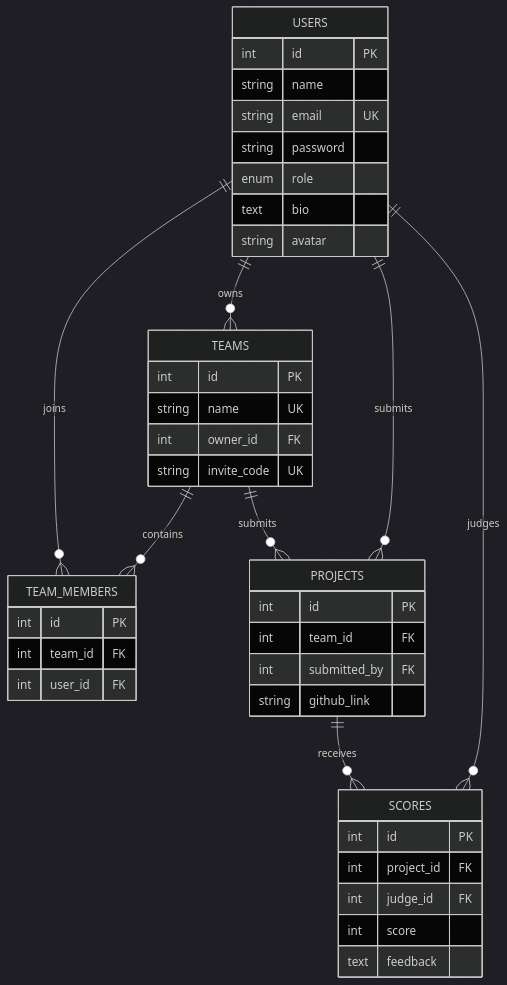
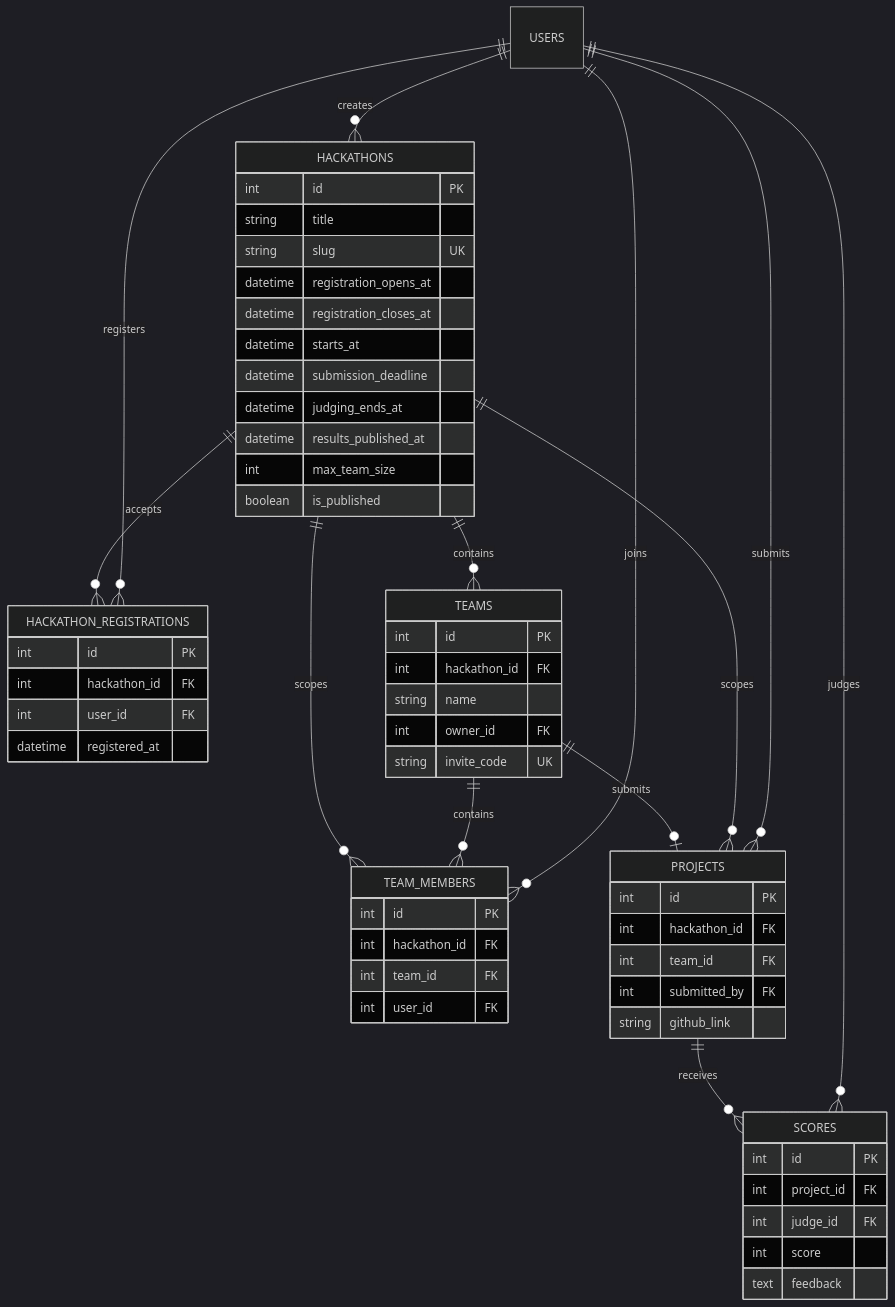
Before and after one commit to goodthinker9/Hackathon-Management-System: the third of 3 diagrams in README.md, drawn with Mermaid (dark theme). The commit also changed other lines of this file and 51 other files, not shown here.

````diff
--- a/README.md
+++ b/README.md
@@ -38,43 +54,62 @@
 ```mermaid
 erDiagram
-  USERS ||--o{ TEAMS : owns
+  USERS ||--o{ HACKATHONS : creates
+  HACKATHONS ||--o{ HACKATHON_REGISTRATIONS : accepts
+  USERS ||--o{ HACKATHON_REGISTRATIONS : registers
+  HACKATHONS ||--o{ TEAMS : contains
+  HACKATHONS ||--o{ TEAM_MEMBERS : scopes
+  TEAMS ||--o{ TEAM_MEMBERS : contains
   USERS ||--o{ TEAM_MEMBERS : joins
-  TEAMS ||--o{ TEAM_MEMBERS : contains
-  TEAMS ||--o{ PROJECTS : submits
+  TEAMS ||--o| PROJECTS : submits
+  HACKATHONS ||--o{ PROJECTS : scopes
   USERS ||--o{ PROJECTS : submits
   PROJECTS ||--o{ SCORES : receives
   USERS ||--o{ SCORES : judges
-  USERS {
+
+  HACKATHONS {
     int id PK
-    string name
-    string email UK
-    string password
-    enum role
-    text bio
-    string avatar
+    string title
+    string slug UK
+    datetime registration_opens_at
+    datetime registration_closes_at
+    datetime starts_at
+    datetime submission_deadline
+    datetime judging_ends_at
+    datetime results_published_at
+    int max_team_size
+    boolean is_published
+  }
+  HACKATHON_REGISTRATIONS {
+    int id PK
+    int hackathon_id FK
+    int user_id FK
+    datetime registered_at
   }
   TEAMS {
     int id PK
-    string name UK
+    int hackathon_id FK
+    string name
     int owner_id FK
     string invite_code UK
   }
   TEAM_MEMBERS {
     int id PK
+    int hackathon_id FK
     int team_id FK
     int user_id FK
   }
   PROJECTS {
     int id PK
+    int hackathon_id FK
     int team_id FK
     int submitted_by FK
     string github_link
   }
   SCORES {
     int id PK
     int project_id FK
     int judge_id FK
     int score
     text feedback
   }
 ```
````
